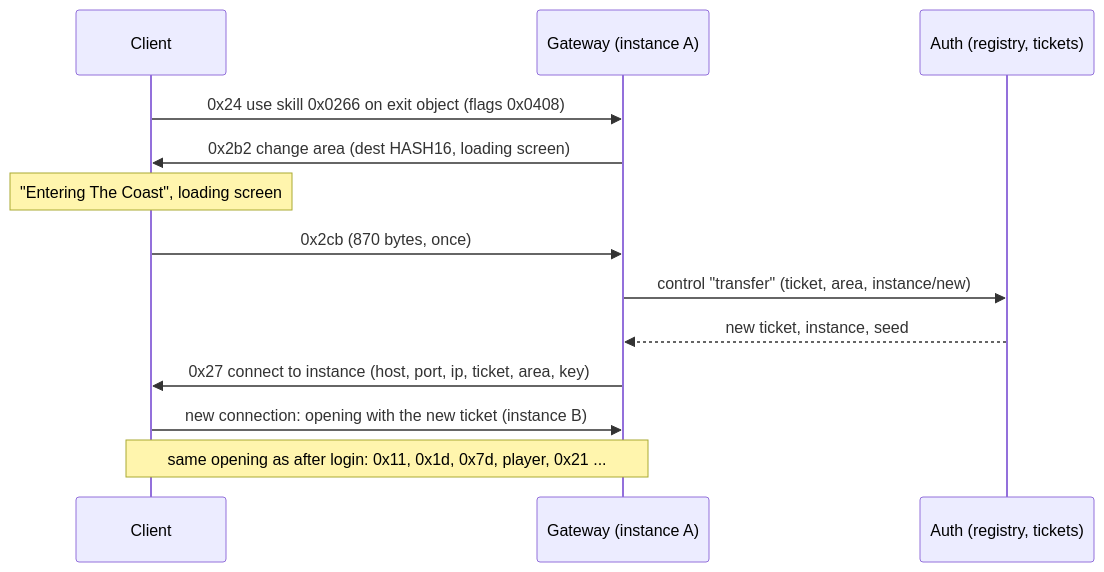
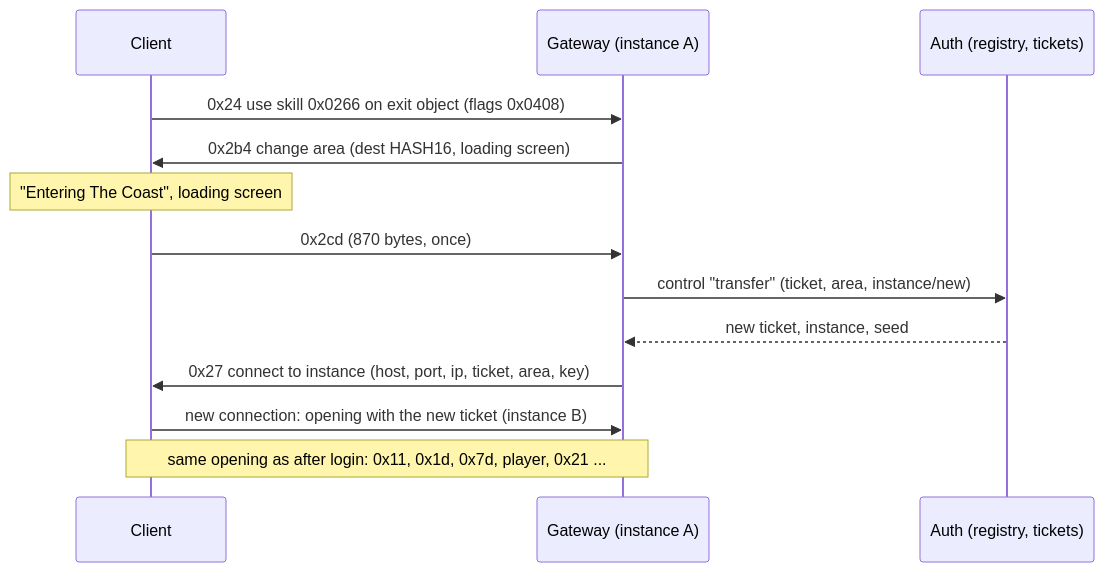
One commit to LocalExile/LocalExile changed the diagram in Agents/docs/protocol/09-area-change.md. Above: the diagram before and after it, drawn with Mermaid. The commit also changed other lines of this file and 135 other files, not shown here.

````diff
--- a/Agents/docs/protocol/09-area-change.md
+++ b/Agents/docs/protocol/09-area-change.md
@@ -9,15 +9,15 @@
 ```mermaid
 sequenceDiagram
     participant C as Client
     participant G as Gateway (instance A)
     participant A as Auth (registry, tickets)
     C->>G: 0x24 use skill 0x0266 on exit object (flags 0x0408)
-    G->>C: 0x2b2 change area (dest HASH16, loading screen)
+    G->>C: 0x2b4 change area (dest HASH16, loading screen)
     Note over C: "Entering The Coast", loading screen
-    C->>G: 0x2cb (870 bytes, once)
+    C->>G: 0x2cd (870 bytes, once)
     G->>A: control "transfer" (ticket, area, instance/new)
     A-->>G: new ticket, instance, seed
     G->>C: 0x27 connect to instance (host, port, ip, ticket, area, key)
     C->>G: new connection: opening with the new ticket (instance B)
     Note over C,G: same opening as after login: 0x11, 0x1d, 0x7d, player, 0x21 ...
 ```
````
